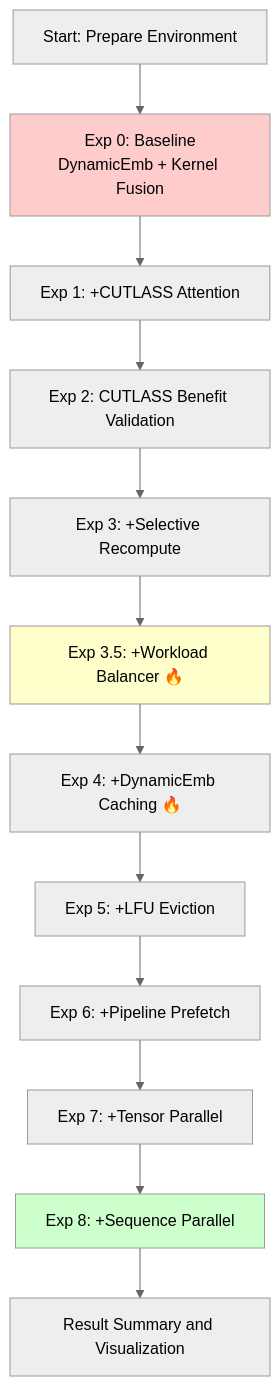
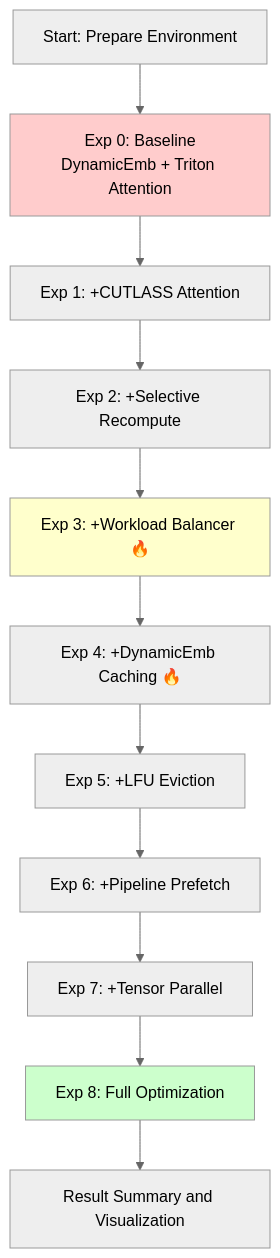
The diagram in examples/hstu/training/benchmark/E2E_BENCHMARK_PLAN.md (JacoCheung/recsys-examples), drawn with Mermaid (neutral theme) before and after one commit. The commit also changed other lines of this file and 25 other files, not shown here.

````diff
--- a/examples/hstu/training/benchmark/E2E_BENCHMARK_PLAN.md
+++ b/examples/hstu/training/benchmark/E2E_BENCHMARK_PLAN.md
@@ -118,18 +118,17 @@
 ```mermaid
 graph TD
-    A[Start: Prepare Environment] --> B[Exp 0: Baseline<br/>DynamicEmb + Kernel Fusion]
+    A[Start: Prepare Environment] --> B[Exp 0: Baseline<br/>DynamicEmb + Triton Attention]
     B --> C[Exp 1: +CUTLASS Attention]
-    C --> D[Exp 2: CUTLASS Benefit Validation]
-    D --> E[Exp 3: +Selective Recompute]
-    E --> F[Exp 3.5: +Workload Balancer 🔥]
-    F --> G[Exp 4: +DynamicEmb Caching 🔥]
-    G --> H[Exp 5: +LFU Eviction]
-    H --> I[Exp 6: +Pipeline Prefetch]
-    I --> J[Exp 7: +Tensor Parallel]
-    J --> K[Exp 8: +Sequence Parallel]
-    K --> L[Result Summary and Visualization]
+    C --> D[Exp 2: +Selective Recompute]
+    D --> E[Exp 3: +Workload Balancer 🔥]
+    E --> F[Exp 4: +DynamicEmb Caching 🔥]
+    F --> G[Exp 5: +LFU Eviction]
+    G --> H[Exp 6: +Pipeline Prefetch]
+    H --> I[Exp 7: +Tensor Parallel]
+    I --> J[Exp 8: Full Optimization]
+    J --> K[Result Summary and Visualization]
     
     style B fill:#ffcccc
-    style F fill:#ffffcc
-    style K fill:#ccffcc
+    style E fill:#ffffcc
+    style J fill:#ccffcc
 ```
````
